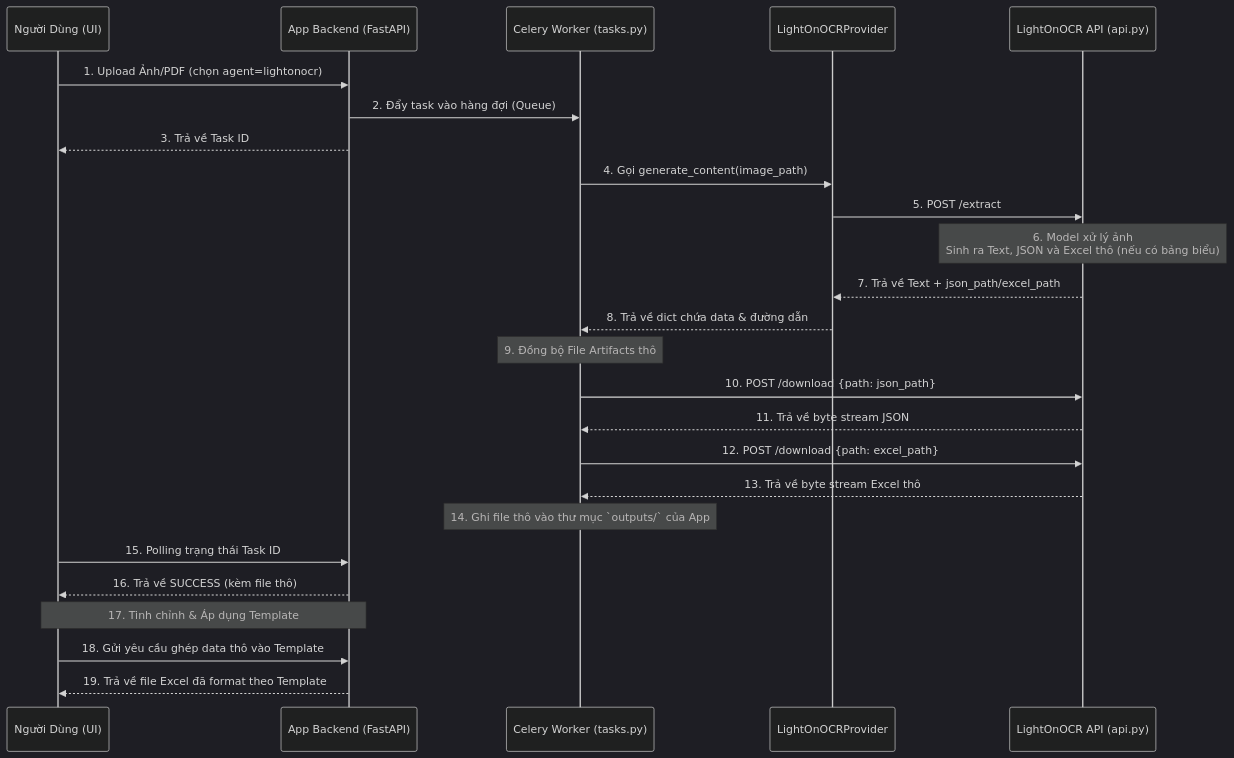
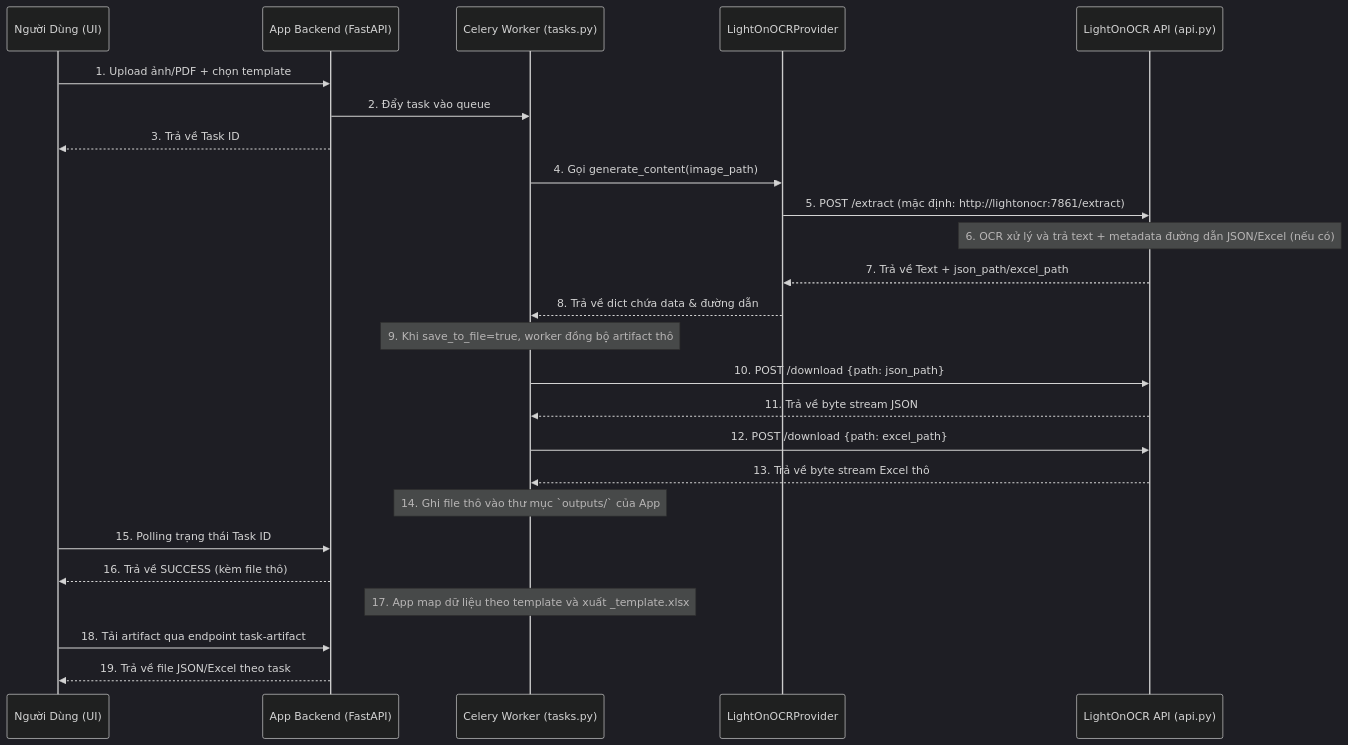
One commit to Moobbot/extract-data changed the diagram in doc/integration_plan.md. Above: the diagram before and after it, drawn with Mermaid (dark theme). The commit also changed other lines of this file and 5 other files, not shown here.

````diff
--- a/doc/integration_plan.md
+++ b/doc/integration_plan.md
@@ -9,35 +27,35 @@
 ```mermaid
 sequenceDiagram
     participant User as Người Dùng (UI)
     participant App as App Backend (FastAPI)
     participant Celery as Celery Worker (tasks.py)
     participant Provider as LightOnOCRProvider
     participant OCR as LightOnOCR API (api.py)
 
-    User->>App: 1. Upload Ảnh/PDF (chọn agent=lightonocr)
-    App->>Celery: 2. Đẩy task vào hàng đợi (Queue)
+    User->>App: 1. Upload ảnh/PDF + chọn template
+    App->>Celery: 2. Đẩy task vào queue
     App-->>User: 3. Trả về Task ID
-    
+
     Celery->>Provider: 4. Gọi generate_content(image_path)
-    Provider->>OCR: 5. POST /extract
-    
-    Note over OCR: 6. Model xử lý ảnh<br>Sinh ra Text, JSON và Excel thô (nếu có bảng biểu)
-    
+    Provider->>OCR: 5. POST /extract (mặc định: http://lightonocr:7861/extract)
+
+    Note over OCR: 6. OCR xử lý và trả text + metadata đường dẫn JSON/Excel (nếu có)
+
     OCR-->>Provider: 7. Trả về Text + json_path/excel_path
     Provider-->>Celery: 8. Trả về dict chứa data & đường dẫn
-    
-    Note over Celery: 9. Đồng bộ File Artifacts thô
+
+    Note over Celery: 9. Khi save_to_file=true, worker đồng bộ artifact thô
     Celery->>OCR: 10. POST /download {path: json_path}
     OCR-->>Celery: 11. Trả về byte stream JSON
     Celery->>OCR: 12. POST /download {path: excel_path}
     OCR-->>Celery: 13. Trả về byte stream Excel thô
-    
+
     Note over Celery: 14. Ghi file thô vào thư mục `outputs/` của App
-    
+
     User->>App: 15. Polling trạng thái Task ID
     App-->>User: 16. Trả về SUCCESS (kèm file thô)
-    
-    Note over User, App: 17. Tinh chỉnh & Áp dụng Template
-    User->>App: 18. Gửi yêu cầu ghép data thô vào Template
-    App-->>User: 19. Trả về file Excel đã format theo Template
+
+    Note over Celery: 17. App map dữ liệu theo template và xuất _template.xlsx
+    User->>App: 18. Tải artifact qua endpoint task-artifact
+    App-->>User: 19. Trả về file JSON/Excel theo task
 ```
````
